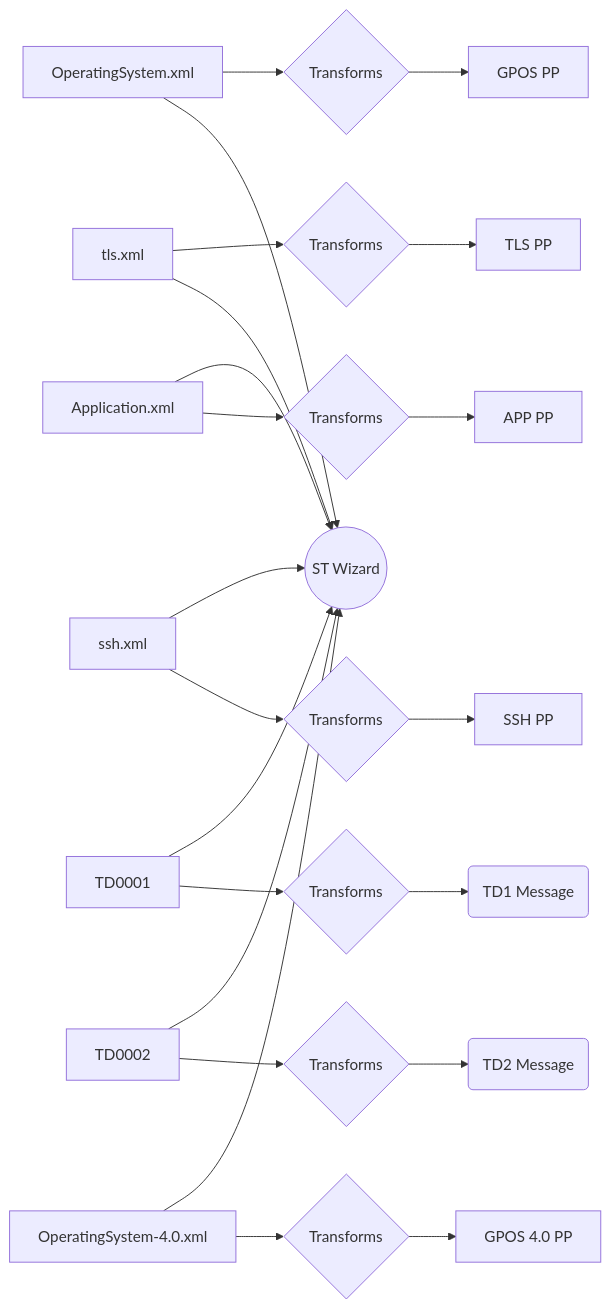
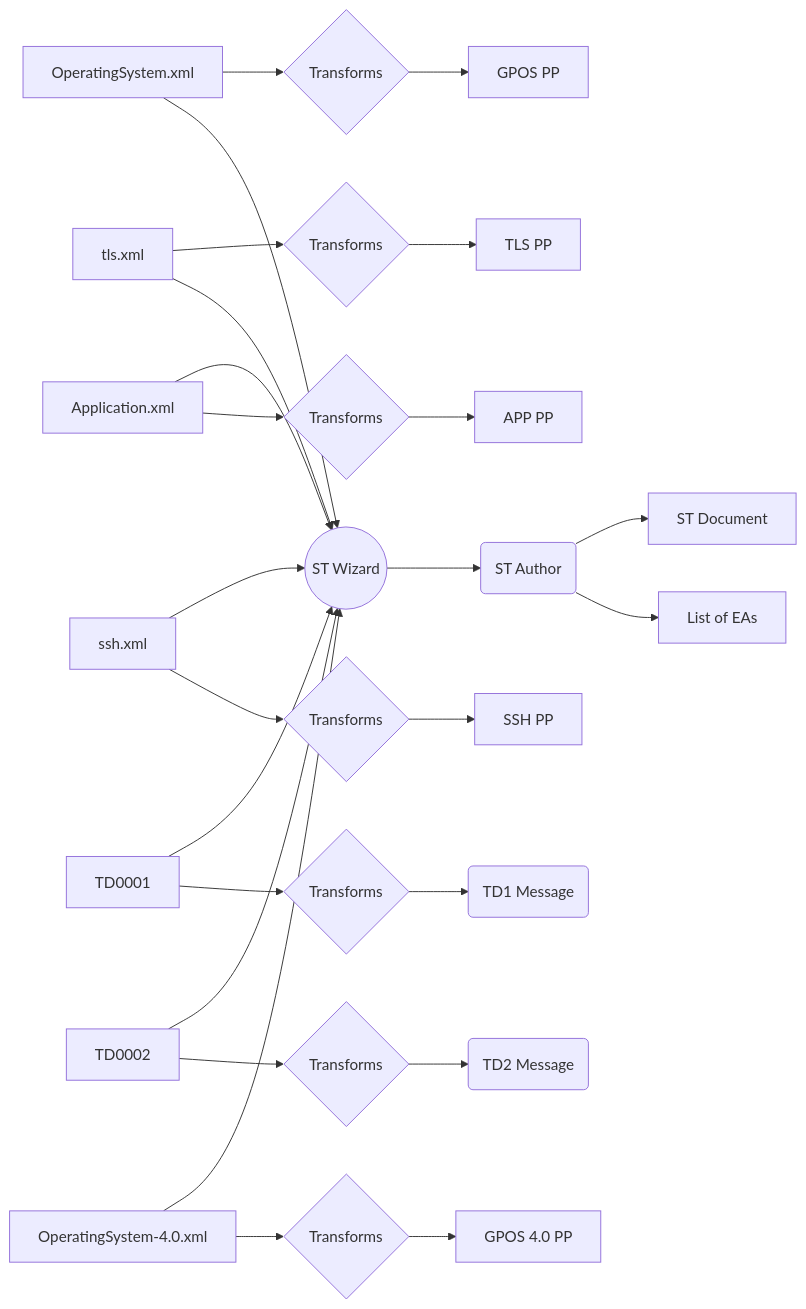
One commit to commoncriteria/pp-st-wizard changed the diagram in Diagram.md. Above: the diagram before and after it, drawn with Mermaid.

````diff
--- a/Diagram.md
+++ b/Diagram.md
@@ -2,19 +2,21 @@
 ```mermaid
 graph LR
     OSXML[OperatingSystem.xml] --> OST{Transforms} --> OSPP[GPOS PP]
     TLS_XML[tls.xml] --> TLS_T{Transforms} --> TLS_PP[TLS PP]
 
-    TLS_XML --> STWIZ
+    TLS_XML --> STWIZ --> STAuthor( ST Author )
+    STAuthor --> ST[ST Document]
+    STAuthor --> EAs[List of EAs]
     OSXML   --> STWIZ((ST Wizard))
     APP_XML --> STWIZ
     SSH_XML --> STWIZ
     TD1     --> STWIZ
     TD2         --> STWIZ
     OS_PREV_XML --> STWIZ
 
     SSH_XML[ssh.xml] --> SSH_T{Transforms} --> SSH_PP[SSH PP]
     APP_XML[Application.xml] --> APP_T{Transforms} --> APP_PP[APP PP]
     TD1[TD0001] --> TD1_T{Transforms} --> TD1_M(TD1 Message)
     TD2[TD0002] --> TD2_T{Transforms} --> TD2_M(TD2 Message)
     OS_PREV_XML[OperatingSystem-4.0.xml] --> OS4_T{Transforms} --> OS_4_PP[GPOS 4.0 PP]
 ```
````
